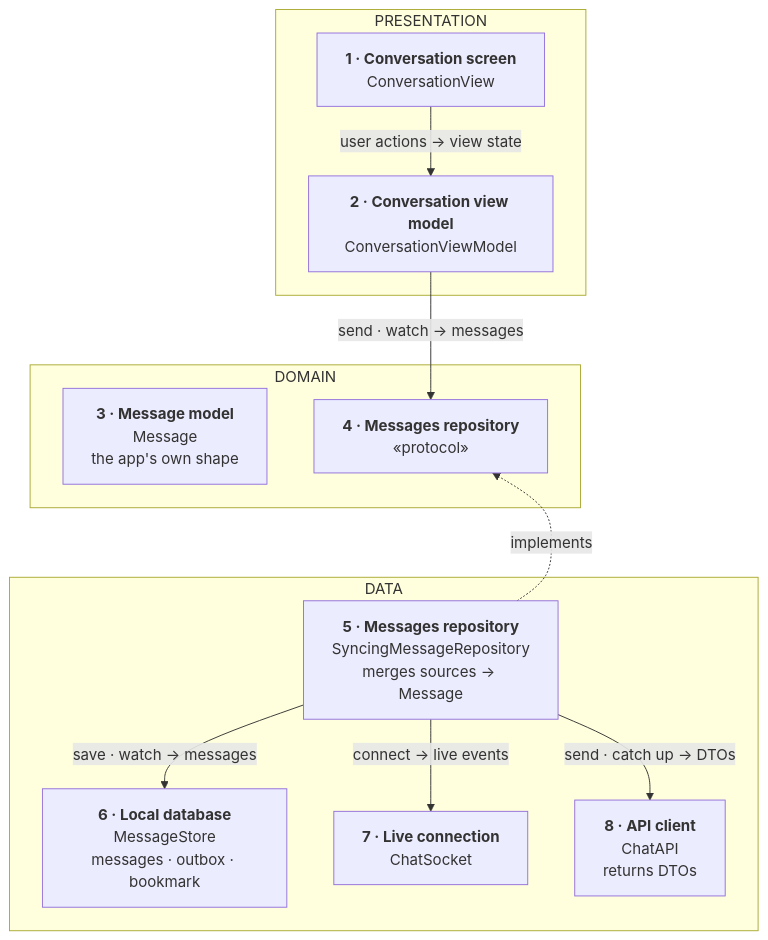
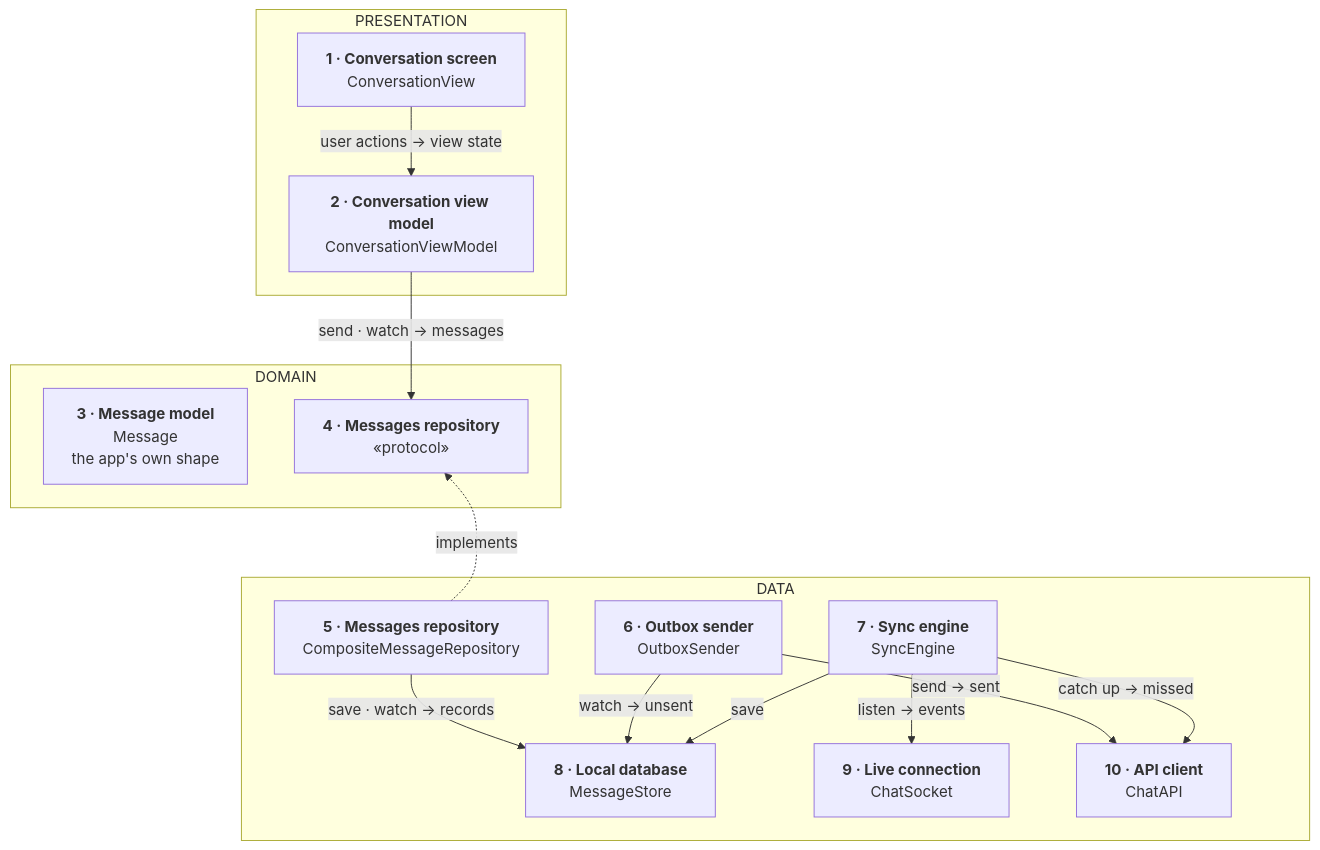
Before and after one commit to rezabina86/reference-desk: the first of 4 diagrams in topics/system-design/03-chat-client.md, drawn with Mermaid. The commit also changed other lines of this file and 6 other files, not shown here.

````diff
--- a/topics/system-design/03-chat-client.md
+++ b/topics/system-design/03-chat-client.md
@@ -142,38 +146,42 @@
 ```mermaid
 flowchart TB
   subgraph P["PRESENTATION"]
     View["`**1 · Conversation screen**
 ConversationView`"] -- "user actions → view state" --> VM["`**2 · Conversation view model**
 ConversationViewModel`"]
   end
   subgraph D["DOMAIN"]
     Item["`**3 · Message model**
 Message
 the app's own shape`"]
     Repo["`**4 · Messages repository**
 «protocol»`"]
   end
   subgraph DA["DATA"]
     Impl["`**5 · Messages repository**
-SyncingMessageRepository
-merges sources → Message`"]
-    Store["`**6 · Local database**
-MessageStore
-messages · outbox · bookmark`"]
-    Socket["`**7 · Live connection**
+CompositeMessageRepository`"]
+    Outbox["`**6 · Outbox sender**
+OutboxSender`"]
+    Sync["`**7 · Sync engine**
+SyncEngine`"]
+    Store["`**8 · Local database**
+MessageStore`"]
+    Socket["`**9 · Live connection**
 ChatSocket`"]
-    API["`**8 · API client**
-ChatAPI
-returns DTOs`"]
+    API["`**10 · API client**
+ChatAPI`"]
   end
   VM -- "send · watch → messages" --> Repo
   Repo ~~~ Impl
   Impl -. "implements" .-> Repo
-  Impl -- "save · watch → messages" --> Store
-  Impl -- "connect → live events" --> Socket
-  Impl -- "send · catch up → DTOs" --> API
+  Impl -- "save · watch → records" --> Store
+  Outbox -- "watch → unsent" --> Store
+  Outbox -- "send → sent" --> API
+  Sync -- "listen → events" --> Socket
+  Sync -- "catch up → missed" --> API
+  Sync -- "save" --> Store
   class View,VM pres
   class Item,Repo dom
-  class Impl,Store data
+  class Impl,Outbox,Sync,Store data
   class Socket,API net
 ```
````
